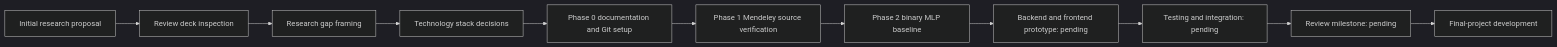
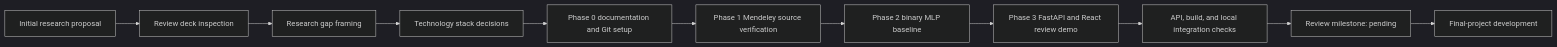
The diagram in docs/project_history.mmd (KapArnav/food-spoilage-risk-prediction), drawn with Mermaid (dark theme) before and after one commit. The commit also changed 24 other files, not shown here.

Commit message:
feat: add review demo web application

```diff
--- a/docs/project_history.mmd
+++ b/docs/project_history.mmd
@@ -1,11 +1,11 @@
 flowchart LR
     proposal[Initial research proposal] --> review[Review deck inspection]
     review --> gap[Research gap framing]
     gap --> stack[Technology stack decisions]
     stack --> phase0[Phase 0 documentation and Git setup]
     phase0 --> dataset[Phase 1 Mendeley source verification]
     dataset --> model[Phase 2 binary MLP baseline]
-    model --> prototype[Backend and frontend prototype: pending]
-    prototype --> testing[Testing and integration: pending]
+    model --> prototype[Phase 3 FastAPI and React review demo]
+    prototype --> testing[API, build, and local integration checks]
     testing --> milestone[Review milestone: pending]
     milestone --> future[Final-project development]
```
